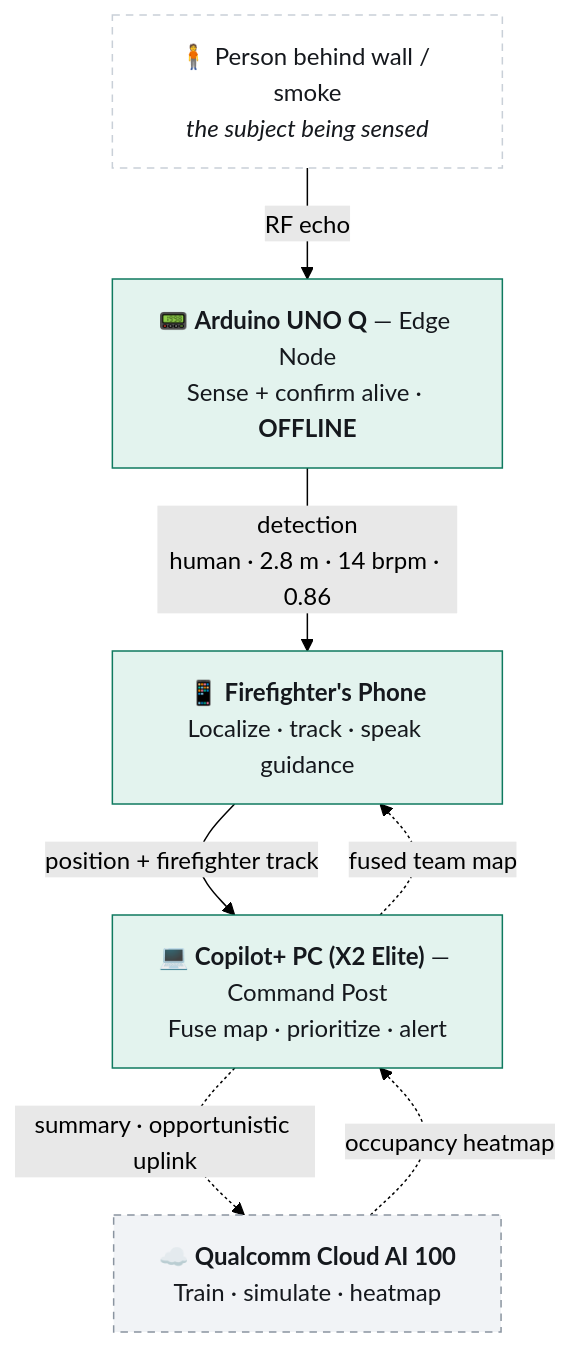
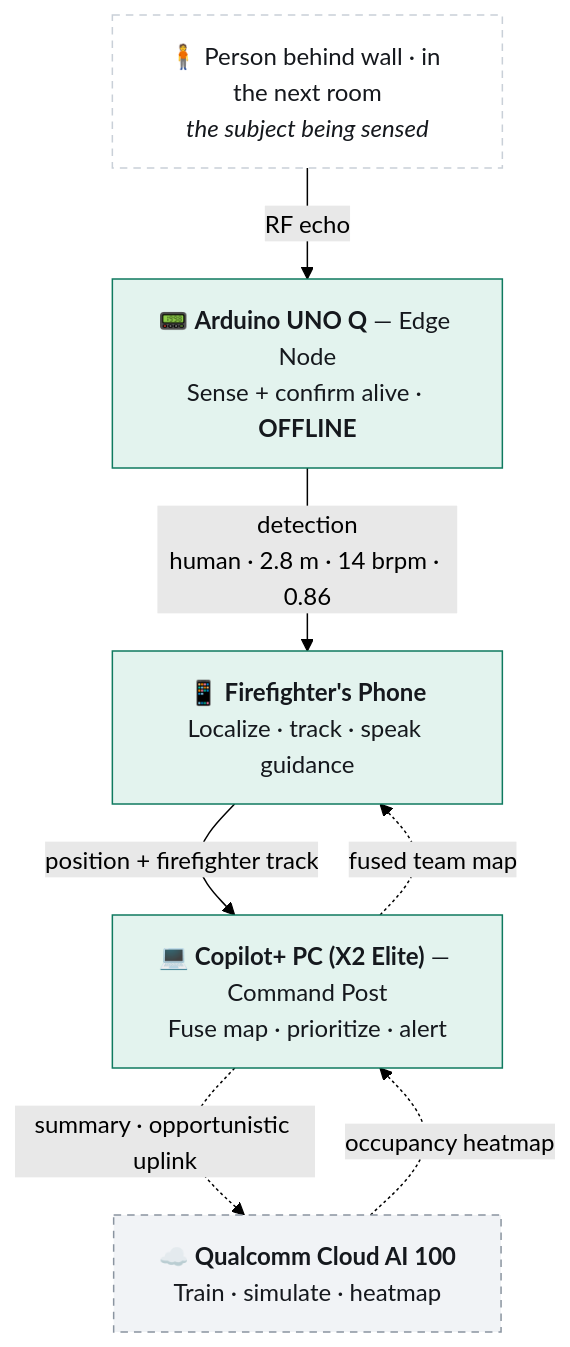
Before and after one commit to HoneyBadger-010/Vision-X-Through-Wall: the diagram in README.md, drawn with Mermaid (forest theme). The commit also changed other lines of this file and 4 other files, not shown here.

````diff
--- a/README.md
+++ b/README.md
@@ -95,22 +95,22 @@
 ```mermaid
 flowchart TB
-    P["🧍 Person behind wall / smoke<br/><i>the subject being sensed</i>"]
+    P["🧍 Person behind wall · in the next room<br/><i>the subject being sensed</i>"]
     N["📟 <b>Arduino UNO Q</b> — Edge Node<br/>Sense + confirm alive · <b>OFFLINE</b>"]
     M["📱 <b>Firefighter's Phone</b><br/>Localize · track · speak guidance"]
     PC["💻 <b>Copilot+ PC (X2 Elite)</b> — Command Post<br/>Fuse map · prioritize · alert"]
     CL["☁️ <b>Qualcomm Cloud AI 100</b><br/>Train · simulate · heatmap"]
 
     P -- "RF echo" --> N
     N -- "detection<br/>human · 2.8 m · 14 brpm · 0.86" --> M
     M -- "position + firefighter track" --> PC
     PC -. "summary · opportunistic uplink" .-> CL
     CL -. "occupancy heatmap" .-> PC
     PC -. "fused team map" .-> M
 
     classDef edge fill:#e3f3ee,stroke:#0f7a5f,color:#15181d;
     classDef cloud fill:#f1f3f6,stroke:#8a94a0,color:#15181d,stroke-dasharray:5 4;
     classDef subj fill:#ffffff,stroke:#c9d0d8,color:#15181d,stroke-dasharray:5 4;
     class N,M,PC edge;
     class CL cloud;
     class P subj;
 ```
````
